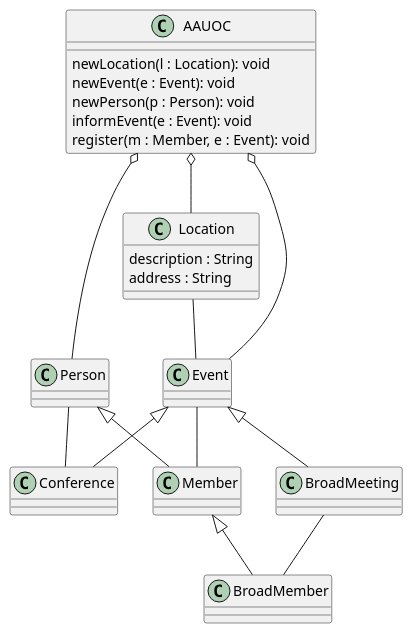
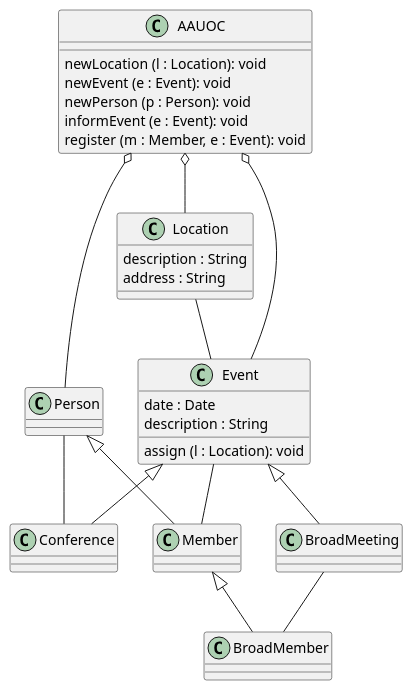
One commit to CorazaNegra/UMLClasesFSP changed the diagram in Practica_Diagramas_UML.puml. Above: the diagram before and after it, drawn with PlantUML.

Commit message:
Añadiendo atributos a Event

```diff
--- a/Practica_Diagramas_UML.puml
+++ b/Practica_Diagramas_UML.puml
@@ -1,52 +1,54 @@
 @startuml
 
 class AAUOC{
-    newLocation(l : Location): void
-    newEvent(e : Event): void
-    newPerson(p : Person): void
-    informEvent(e : Event): void
-    register(m : Member, e : Event): void
+    newLocation (l : Location): void
+    newEvent (e : Event): void
+    newPerson (p : Person): void
+    informEvent (e : Event): void
+    register (m : Member, e : Event): void
 }
 
 class Location{
     description : String
     address : String
 }
 
 class Event{
-
+    date : Date
+    description : String
+    assign (l : Location): void
 }
 
 class Conference{
 
 }
 
 class BroadMeeting{
 
 }
 
 class Person{
 
 }
 
 class Member{
 
 }
 
 class BroadMember{
 
 }
 
 AAUOC o-- Event
 AAUOC o-- Location
 AAUOC o-- Person
 Location -- Event
 Event -- Member
 Person -- Conference
 BroadMeeting -- BroadMember
 Event <|-- Conference
 Event <|-- BroadMeeting
 Person <|-- Member
 Member <|-- BroadMember
 
 @enduml
```
